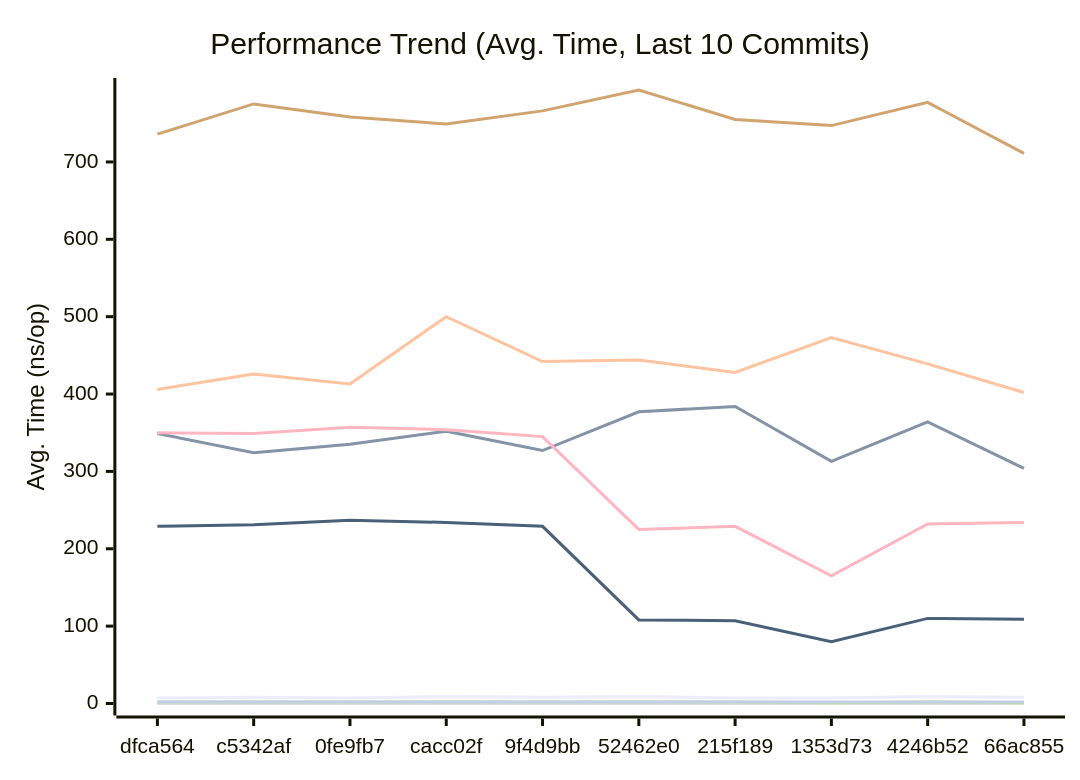
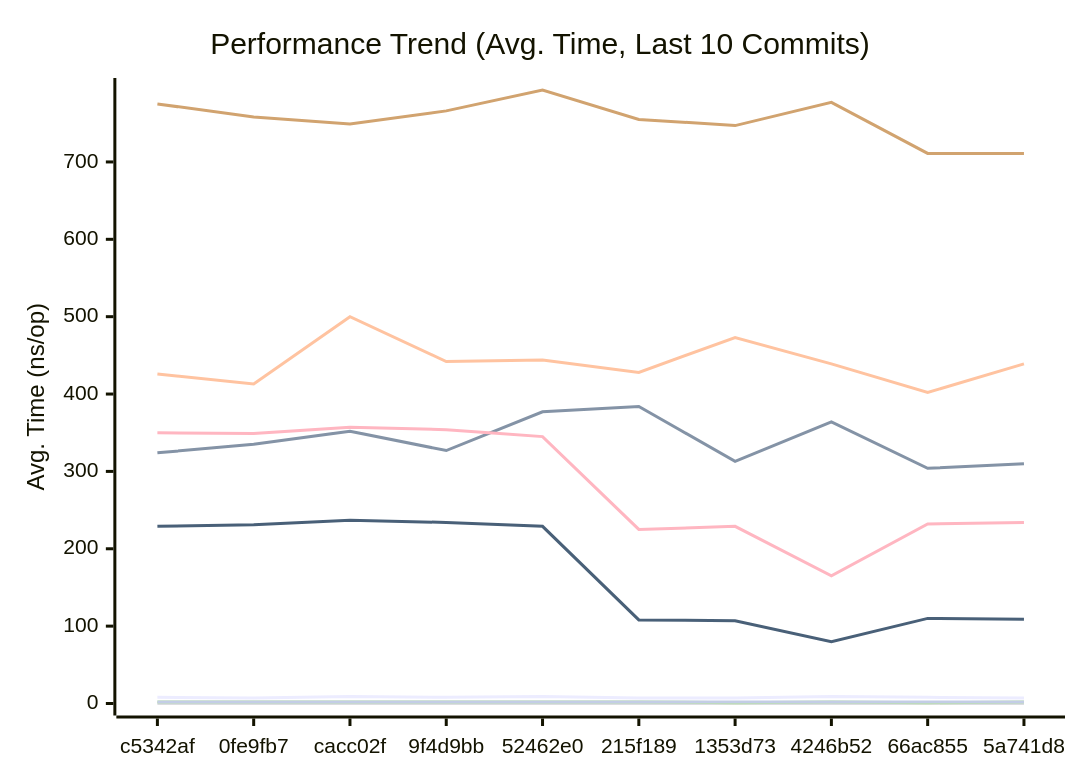
The first of 3 diagrams in docs/PERFORMANCE.md (alsotoes/momo), drawn with Mermaid before and after one commit. The commit also changed other lines of this file and 2 other files, not shown here.

````diff
--- a/docs/PERFORMANCE.md
+++ b/docs/PERFORMANCE.md
@@ -80,16 +80,16 @@
 ```mermaid
 xychart-beta
     title "Performance Trend (Avg. Time, Last 10 Commits)"
     x-axis "Commit"
     y-axis "Avg. Time (ns/op)"
-    x-axis [dfca564,c5342af,0fe9fb7,cacc02f,9f4d9bb,52462e0,215f189,1353d73,4246b52,66ac855]
-    line "CheckMetricsAndSwap" [7,8,7,9,8,9,7,7,9,8]
-    line "CrushOptimized" [349,324,335,352,327,377,384,313,364,304]
-    line "CrushOriginal" [406,426,413,500,442,444,428,473,439,402]
+    x-axis [c5342af,0fe9fb7,cacc02f,9f4d9bb,52462e0,215f189,1353d73,4246b52,66ac855,5a741d8]
+    line "CheckMetricsAndSwap" [8,7,9,8,9,7,7,9,8,7]
+    line "CrushOptimized" [324,335,352,327,377,384,313,364,304,310]
+    line "CrushOriginal" [426,413,500,442,444,428,473,439,402,439]
     line "IndexDirectTracking" [0,0,0,0,0,0,0,0,0,0]
-    line "IndexSearch" [2,2,2,2,2,2,2,1,2,1]
-    line "LoadGlobalConfig" [736,775,758,749,766,793,755,747,777,711]
+    line "IndexSearch" [2,2,2,2,2,2,1,2,1,2]
+    line "LoadGlobalConfig" [775,758,749,766,793,755,747,777,711,711]
     line "PadString" [2,2,2,2,2,2,2,2,2,2]
     line "ParseReplicationOrder_NoPrealloc" [350,349,357,354,345,225,229,165,232,234]
     line "ParseReplicationOrder_Prealloc" [229,231,237,234,229,108,107,80,110,109]
 ```
````
